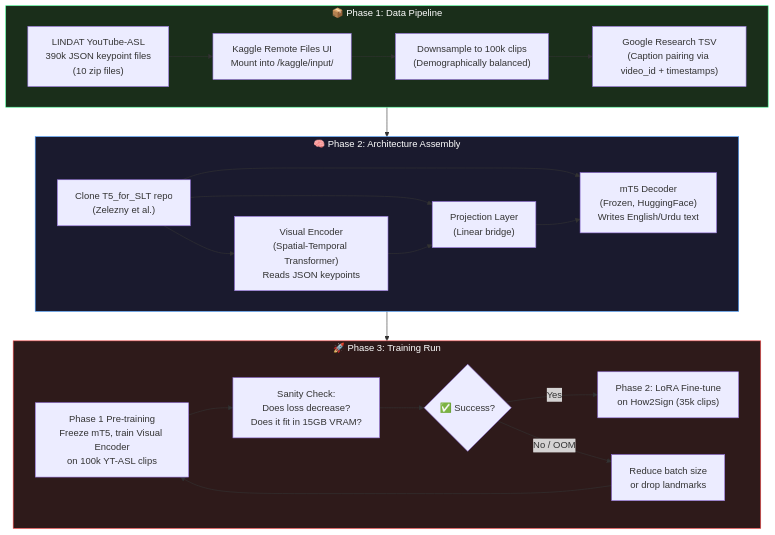
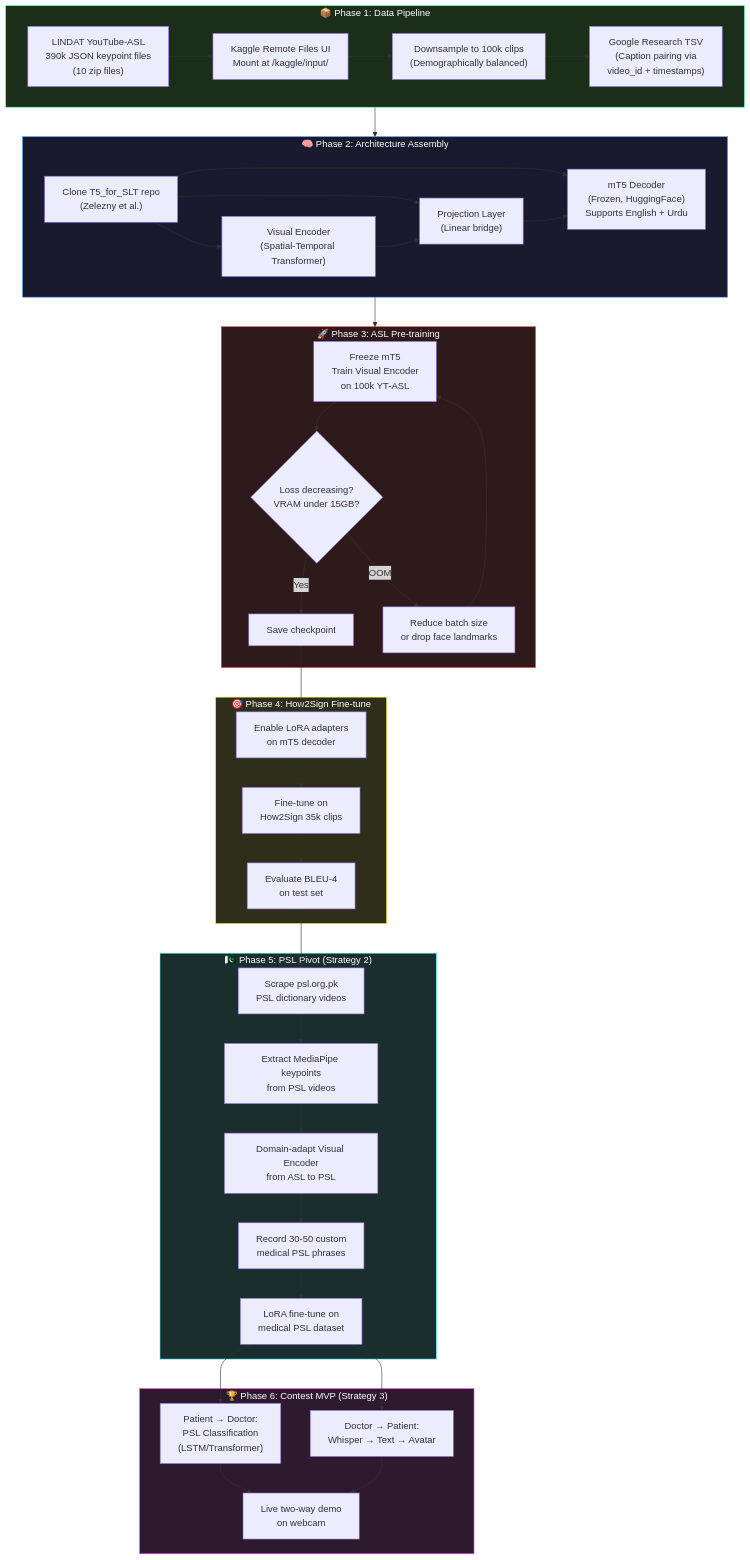
One commit to exiledftw/A-PSL changed the second of 2 diagrams in checklist/item_1.md. Above: the diagram before and after it, drawn with Mermaid. The commit also changed other lines of this file, not shown here.

Commit message:
Update item_1.md with full pipeline: ASL foundation → PSL transfer → Contest MVP

````diff
--- a/checklist/item_1.md
+++ b/checklist/item_1.md
@@ -12,31 +44,52 @@
 ```mermaid
 graph TD
     subgraph DATA["📦 Phase 1: Data Pipeline"]
-        A["LINDAT YouTube-ASL\n390k JSON keypoint files\n(10 zip files)"] --> B["Kaggle Remote Files UI\nMount into /kaggle/input/"]
-        B --> C["Downsample to 100k clips\n(Demographically balanced)"]
-        C --> D["Google Research TSV\n(Caption pairing via video_id + timestamps)"]
+        A1["LINDAT YouTube-ASL\n390k JSON keypoint files\n(10 zip files)"] --> A2["Kaggle Remote Files UI\nMount at /kaggle/input/"]
+        A2 --> A3["Downsample to 100k clips\n(Demographically balanced)"]
+        A3 --> A4["Google Research TSV\n(Caption pairing via\nvideo_id + timestamps)"]
     end
 
     subgraph MODEL["🧠 Phase 2: Architecture Assembly"]
-        E["Clone T5_for_SLT repo\n(Zelezny et al.)"]
-        E --> F["Visual Encoder\n(Spatial-Temporal Transformer)\nReads JSON keypoints"]
-        E --> G["Projection Layer\n(Linear bridge)"]
-        E --> H["mT5 Decoder\n(Frozen, HuggingFace)\nWrites English/Urdu text"]
-        F --> G --> H
+        B1["Clone T5_for_SLT repo\n(Zelezny et al.)"] --> B2["Visual Encoder\n(Spatial-Temporal Transformer)"]
+        B1 --> B3["Projection Layer\n(Linear bridge)"]
+        B1 --> B4["mT5 Decoder\n(Frozen, HuggingFace)\nSupports English + Urdu"]
+        B2 --> B3 --> B4
     end
 
-    subgraph TRAIN["🚀 Phase 3: Training Run"]
-        I["Phase 1 Pre-training\nFreeze mT5, train Visual Encoder\non 100k YT-ASL clips"]
-        I --> J["Sanity Check:\nDoes loss decrease?\nDoes it fit in 15GB VRAM?"]
-        J --> K{"✅ Success?"}
-        K -->|Yes| L["Phase 2: LoRA Fine-tune\non How2Sign (35k clips)"]
-        K -->|No / OOM| M["Reduce batch size\nor drop landmarks"]
-        M --> I
+    subgraph TRAIN["🚀 Phase 3: ASL Pre-training"]
+        C1["Freeze mT5\nTrain Visual Encoder\non 100k YT-ASL"] --> C2{"Loss decreasing?\nVRAM under 15GB?"}
+        C2 -->|Yes| C3["Save checkpoint"]
+        C2 -->|OOM| C4["Reduce batch size\nor drop face landmarks"]
+        C4 --> C1
+    end
+
+    subgraph FINETUNE["🎯 Phase 4: How2Sign Fine-tune"]
+        C3 --> D1["Enable LoRA adapters\non mT5 decoder"]
+        D1 --> D2["Fine-tune on\nHow2Sign 35k clips"]
+        D2 --> D3["Evaluate BLEU-4\non test set"]
+    end
+
+    subgraph PSL["🇵🇰 Phase 5: PSL Pivot (Strategy 2)"]
+        D3 --> E1["Scrape psl.org.pk\nPSL dictionary videos"]
+        E1 --> E2["Extract MediaPipe keypoints\nfrom PSL videos"]
+        E2 --> E3["Domain-adapt Visual Encoder\nfrom ASL to PSL"]
+        E3 --> E4["Record 30-50 custom\nmedical PSL phrases"]
+        E4 --> E5["LoRA fine-tune on\nmedical PSL dataset"]
+    end
+
+    subgraph MVP["🏆 Phase 6: Contest MVP (Strategy 3)"]
+        E5 --> F1["Patient → Doctor:\nPSL Classification\n(LSTM/Transformer)"]
+        E5 --> F2["Doctor → Patient:\nWhisper → Text → Avatar"]
+        F1 --> F3["Live two-way demo\non webcam"]
+        F2 --> F3
     end
 
     DATA --> MODEL --> TRAIN
 
     style DATA fill:#1a2e1a,stroke:#4aff9a,color:#fff
     style MODEL fill:#1a1a2e,stroke:#4a9eff,color:#fff
     style TRAIN fill:#2e1a1a,stroke:#ff4a4a,color:#fff
+    style FINETUNE fill:#2e2e1a,stroke:#ffff4a,color:#fff
+    style PSL fill:#1a2e2e,stroke:#4affff,color:#fff
+    style MVP fill:#2e1a2e,stroke:#ff4aff,color:#fff
 ```
````
